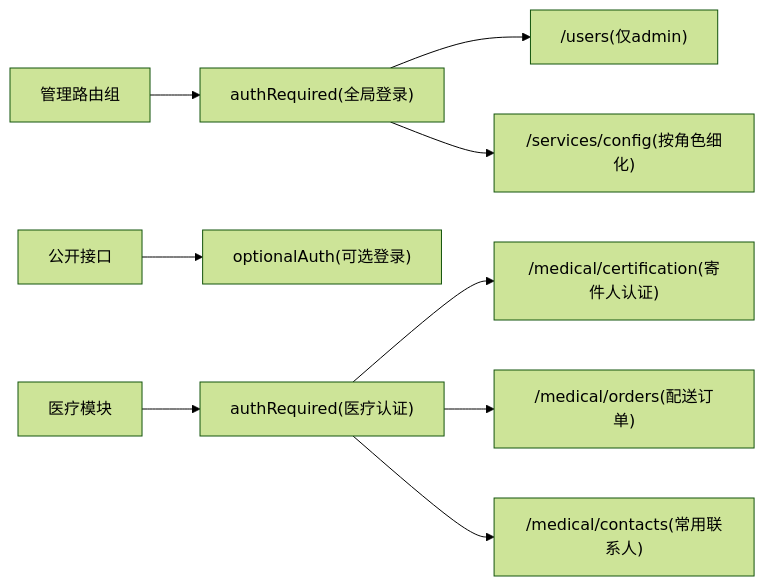
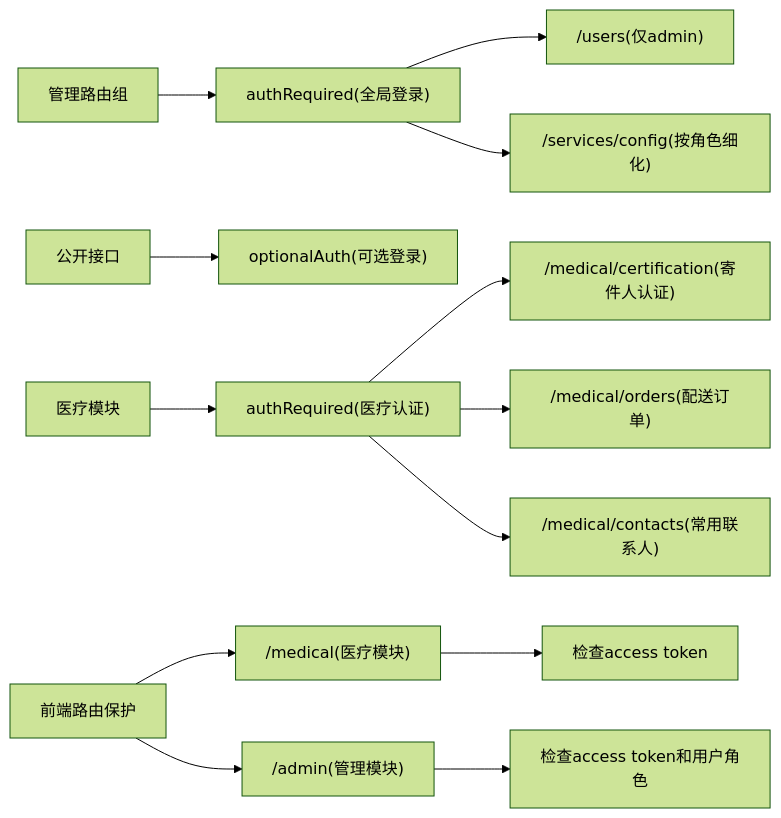
The eighth of 11 diagrams in .qoder/repowiki/zh/content/后端服务架构/核心服务模块/中间件系统/认证中间件.md (Giraffe-Han/microAPP), drawn with Mermaid (forest theme) before and after one commit. The commit also changed other lines of this file and 176 other files, not shown here.

````diff
--- a/.qoder/repowiki/zh/content/后端服务架构/核心服务模块/中间件系统/认证中间件.md
+++ b/.qoder/repowiki/zh/content/后端服务架构/核心服务模块/中间件系统/认证中间件.md
@@ -279,11 +327,15 @@
 ```mermaid
 graph LR
 A["管理路由组"] --> B["authRequired(全局登录)"]
 B --> C["/users(仅admin)"]
 B --> D["/services/config(按角色细化)"]
 E["公开接口"] --> F["optionalAuth(可选登录)"]
 G["医疗模块"] --> H["authRequired(医疗认证)"]
 H --> I["/medical/certification(寄件人认证)"]
 H --> J["/medical/orders(配送订单)"]
 H --> K["/medical/contacts(常用联系人)"]
+L["前端路由保护"] --> M["/medical(医疗模块)"]
+L --> N["/admin(管理模块)"]
+M --> O["检查access token"]
+N --> P["检查access token和用户角色"]
 ```
````
